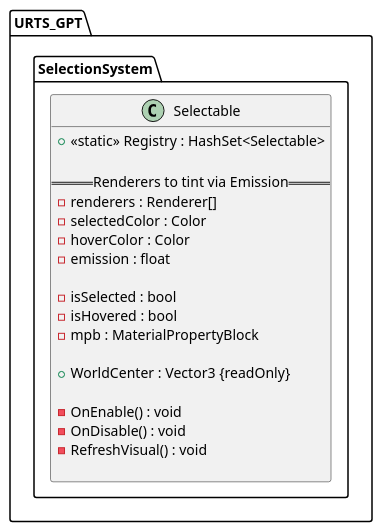
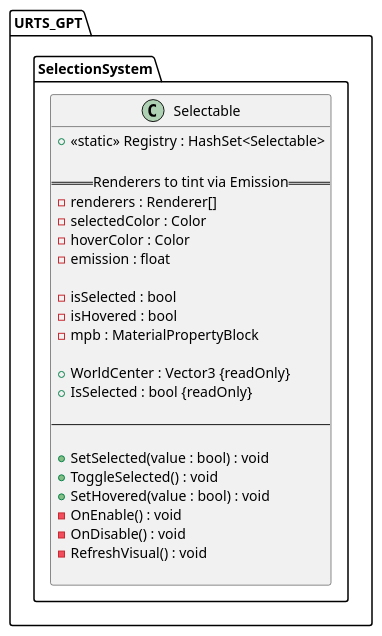
The diagram in Assets/UML/ClassDiagrams/Selection/Selection_Selectable_Class.puml (khongpak/URTS_GPT), drawn with PlantUML before and after one commit. The commit also changed 5 other files, not shown here.

Commit message:
เป้าหมายบทเรียน #4 — Formation Move + Marker Pool ยังไม่เสร็จ กำลังทำถึงแค่ขั้นตอนที่ 1 สร้างไฟล์ ClickMoveMarkerPool.cs เหลืออีก 1 ไฟล์ ตอนนี้มาเพิ่ม Class Diagram ของ Selectable เสร็จแล้ว เพิ่ม RefreshVisual, SetHovered,SetSelected, ToggleSelected ส่วน WorldCenter ยังทำไม่เสร็จ

```diff
--- a/Assets/UML/ClassDiagrams/Selection/Selection_Selectable_Class.puml
+++ b/Assets/UML/ClassDiagrams/Selection/Selection_Selectable_Class.puml
@@ -1,26 +1,32 @@
 @startuml
     skinparam Shadowing false
     skinparam ParticipantPadding 20
     
     class URTS_GPT.SelectionSystem.Selectable{
         + <<static>> Registry : HashSet<Selectable>
 
         ==Renderers to tint via Emission==
         - renderers : Renderer[]
         - selectedColor : Color
         - hoverColor : Color
         - emission : float
 
         - isSelected : bool
         - isHovered : bool
         - mpb : MaterialPropertyBlock
 
         + WorldCenter : Vector3 {readOnly}
+        + IsSelected : bool {readOnly}
 
+        --
+        
+        + SetSelected(value : bool) : void
+        + ToggleSelected() : void
+        + SetHovered(value : bool) : void
         - OnEnable() : void
         - OnDisable() : void
         - RefreshVisual() : void
 
     }
 
 @enduml
```
